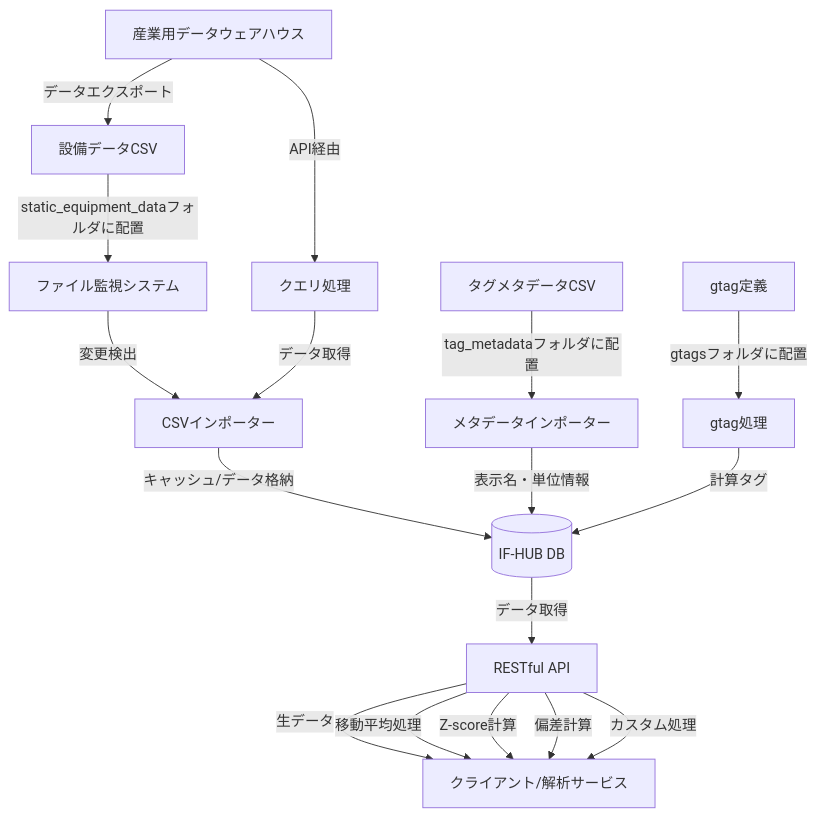
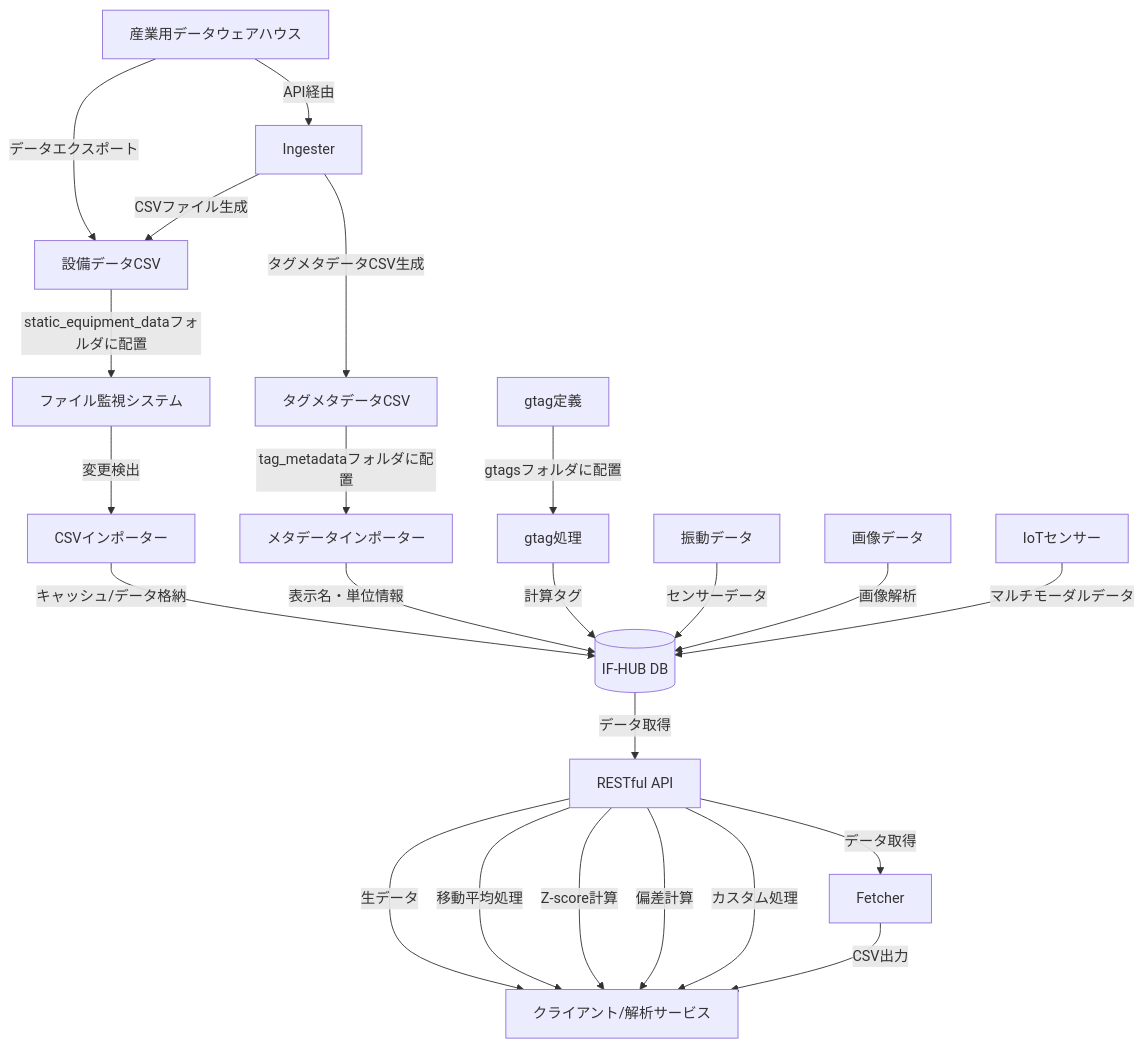
One commit to toorpia/if-hub changed the diagram in README.md. Above: the diagram before and after it, drawn with Mermaid. The commit also changed other lines of this file, not shown here.

First line of the commit message:
docs: Update data flow diagram with accurate architecture

````diff
--- a/README.md
+++ b/README.md
@@ -101,24 +100,32 @@
 ```mermaid
 graph TB
     Z[産業用データウェアハウス] -->|データエクスポート| A[設備データCSV]
-    Z -->|API経由| K[クエリ処理]
+    Z -->|API経由| L[Ingester]
     
     A -->|static_equipment_dataフォルダに配置| B[ファイル監視システム]
-    G[タグメタデータCSV] -->|tag_metadataフォルダに配置| H[メタデータインポーター]
+    L -->|CSVファイル生成| A
+    L -->|タグメタデータCSV生成| G[タグメタデータCSV]
+    G -->|tag_metadataフォルダに配置| H[メタデータインポーター]
     I[gtag定義] -->|gtagsフォルダに配置| J[gtag処理]
     
     B -->|変更検出| C[CSVインポーター]
-    K -->|データ取得| C
     
     C -->|キャッシュ/データ格納| D[(IF-HUB DB)]
     H -->|表示名・単位情報| D
     J -->|計算タグ| D
+    
+    V[振動データ] -->|センサーデータ| D
+    IMG[画像データ] -->|画像解析| D
+    IOT[IoTセンサー] -->|マルチモーダルデータ| D
     
     D -->|データ取得| E[RESTful API]
     
     E -->|生データ| F[クライアント/解析サービス]
     E -->|移動平均処理| F
     E -->|Z-score計算| F
     E -->|偏差計算| F
     E -->|カスタム処理| F
+    E -->|データ取得| M[Fetcher]
+    
+    M -->|CSV出力| F
 ```
````
